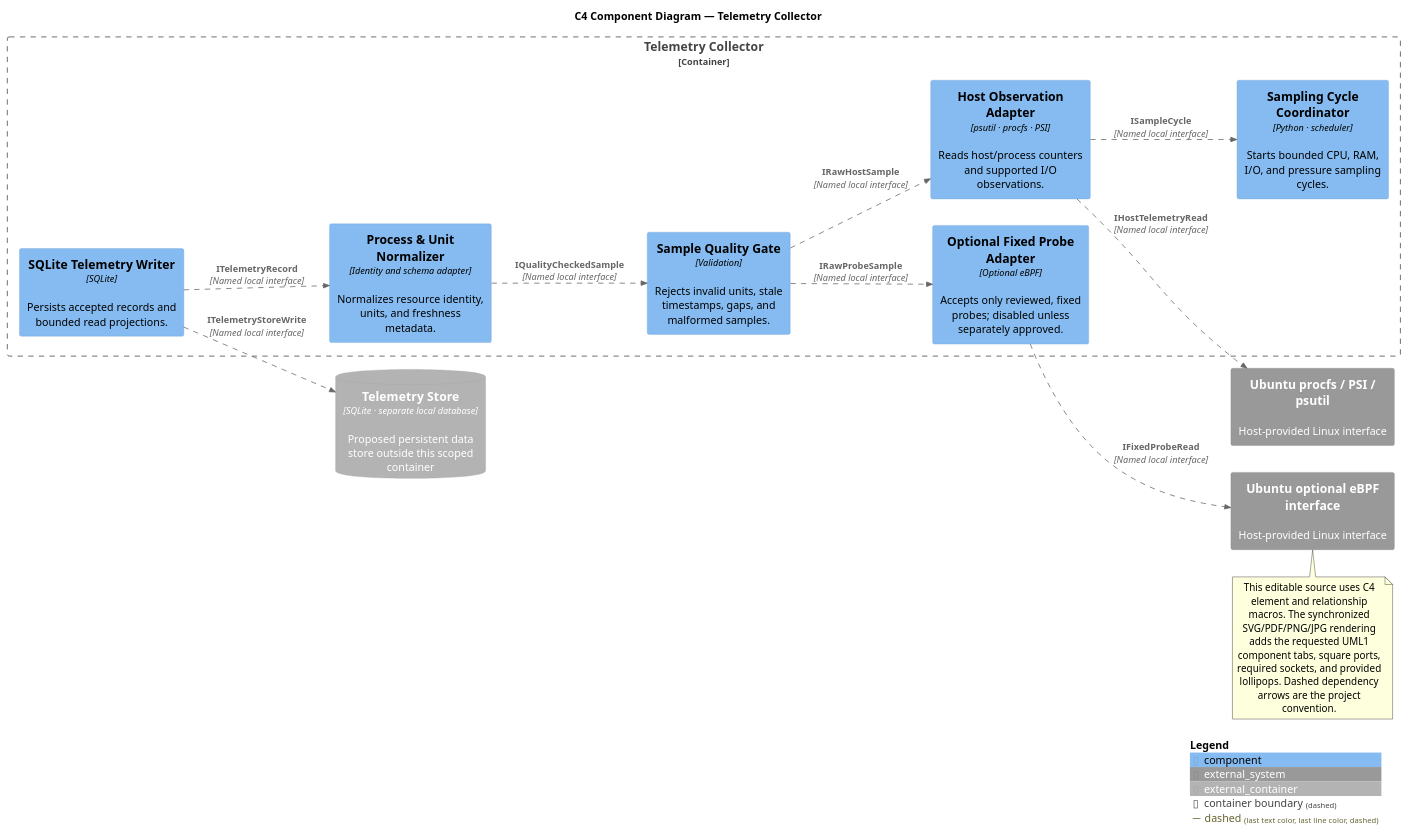
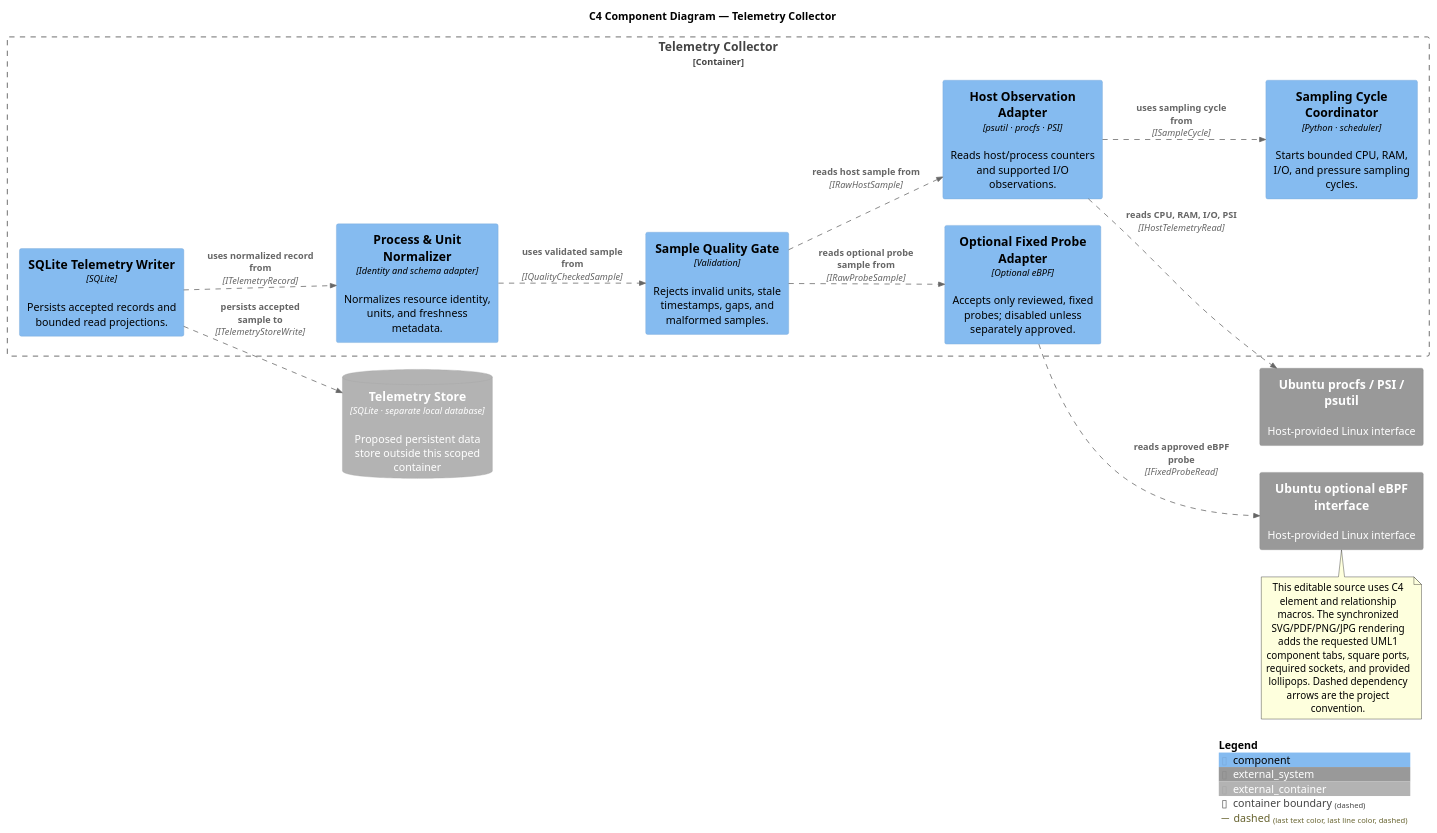
The diagram in documentation/architecture/c4/06_c4_telemetry_collector_components.puml (Ammar-M-Eid/AIOS), drawn with PlantUML before and after one commit. The commit also changed 30 other files, not shown here.

```diff
--- a/documentation/architecture/c4/06_c4_telemetry_collector_components.puml
+++ b/documentation/architecture/c4/06_c4_telemetry_collector_components.puml
@@ -1,30 +1,30 @@
 @startuml
 !include <C4/C4_Component>
 skinparam componentStyle uml1
 title C4 Component Diagram — Telemetry Collector
 LAYOUT_LEFT_RIGHT()
 AddRelTag("dashed", $lineStyle=DashedLine())
 Container_Boundary(scope, "Telemetry Collector") {
   Component(C1, "Sampling Cycle Coordinator", "Python · scheduler", "Starts bounded CPU, RAM, I/O, and pressure sampling cycles.")
   Component(C2, "Host Observation Adapter", "psutil · procfs · PSI", "Reads host/process counters and supported I/O observations.")
   Component(C3, "Optional Fixed Probe Adapter", "Optional eBPF", "Accepts only reviewed, fixed probes; disabled unless separately approved.")
   Component(C4, "Sample Quality Gate", "Validation", "Rejects invalid units, stale timestamps, gaps, and malformed samples.")
   Component(C5, "Process & Unit Normalizer", "Identity and schema adapter", "Normalizes resource identity, units, and freshness metadata.")
   Component(C6, "SQLite Telemetry Writer", "SQLite", "Persists accepted records and bounded read projections.")
 }
 ContainerDb_Ext(S1, "Telemetry Store", "SQLite · separate local database", "Proposed persistent data store outside this scoped container")
 System_Ext(S2, "Ubuntu procfs / PSI / psutil", "Host-provided Linux interface")
 System_Ext(S3, "Ubuntu optional eBPF interface", "Host-provided Linux interface")
-Rel(C2, C1, "ISampleCycle", "Named local interface", $tags="dashed")
-Rel(C4, C2, "IRawHostSample", "Named local interface", $tags="dashed")
-Rel(C4, C3, "IRawProbeSample", "Named local interface", $tags="dashed")
-Rel(C5, C4, "IQualityCheckedSample", "Named local interface", $tags="dashed")
-Rel(C6, C5, "ITelemetryRecord", "Named local interface", $tags="dashed")
-Rel(C6, S1, "ITelemetryStoreWrite", "Named local interface", $tags="dashed")
-Rel(C2, S2, "IHostTelemetryRead", "Named local interface", $tags="dashed")
-Rel(C3, S3, "IFixedProbeRead", "Named local interface", $tags="dashed")
+Rel(C2, C1, "uses sampling cycle from", "ISampleCycle", $tags="dashed")
+Rel(C4, C2, "reads host sample from", "IRawHostSample", $tags="dashed")
+Rel(C4, C3, "reads optional probe sample from", "IRawProbeSample", $tags="dashed")
+Rel(C5, C4, "uses validated sample from", "IQualityCheckedSample", $tags="dashed")
+Rel(C6, C5, "uses normalized record from", "ITelemetryRecord", $tags="dashed")
+Rel(C6, S1, "persists accepted sample to", "ITelemetryStoreWrite", $tags="dashed")
+Rel(C2, S2, "reads CPU, RAM, I/O, PSI", "IHostTelemetryRead", $tags="dashed")
+Rel(C3, S3, "reads approved eBPF probe", "IFixedProbeRead", $tags="dashed")
 note bottom
 This editable source uses C4 element and relationship macros. The synchronized SVG/PDF/PNG/JPG rendering adds the requested UML1 component tabs, square ports, required sockets, and provided lollipops. Dashed dependency arrows are the project convention.
 end note
 SHOW_LEGEND()
 @enduml
```
